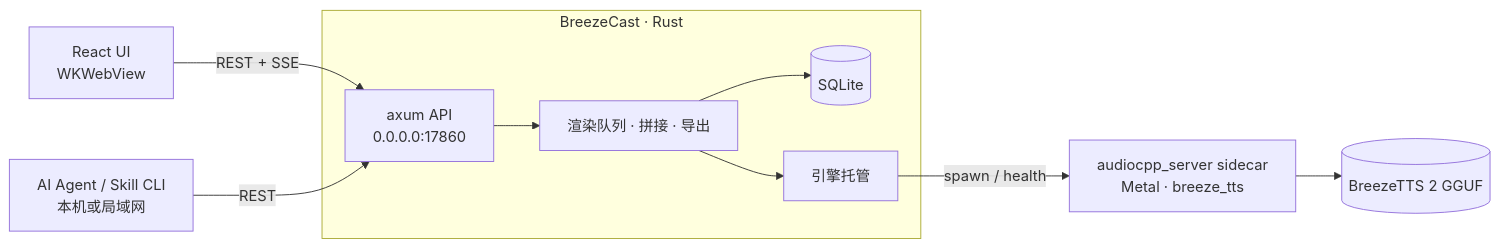
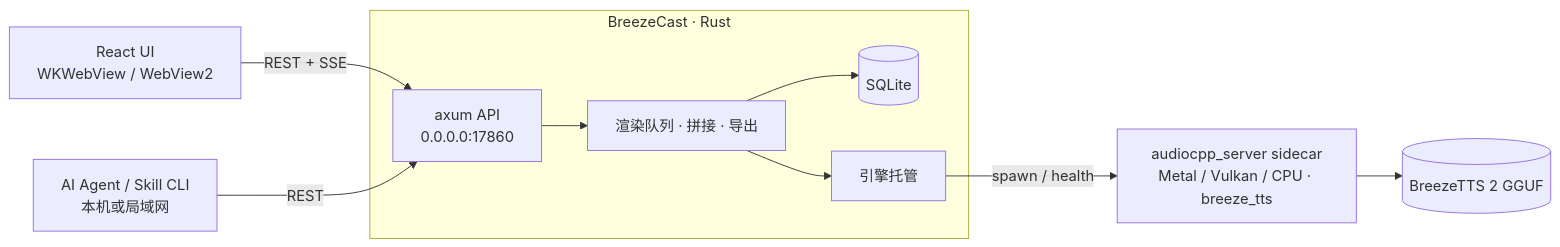
The diagram in README.md (linyqh/BreezeCast), drawn with Mermaid before and after one commit. The commit also changed other lines of this file and 22 other files, not shown here.

````diff
--- a/README.md
+++ b/README.md
@@ -163,12 +185,12 @@
 ```mermaid
 flowchart LR
-  UI[React UI<br/>WKWebView] -- REST + SSE --> API
+  UI[React UI<br/>WKWebView / WebView2] -- REST + SSE --> API
   Agent[AI Agent / Skill CLI<br/>本机或局域网] -- REST --> API
   subgraph Tauri[BreezeCast · Rust]
     API[axum API<br/>0.0.0.0:17860] --> SVC[渲染队列 · 拼接 · 导出]
     SVC --> DB[(SQLite)]
     SVC --> ENG[引擎托管]
   end
-  ENG -- spawn / health --> AC[audiocpp_server sidecar<br/>Metal · breeze_tts]
+  ENG -- spawn / health --> AC[audiocpp_server sidecar<br/>Metal / Vulkan / CPU · breeze_tts]
   AC --> GGUF[(BreezeTTS 2 GGUF)]
 ```
````
